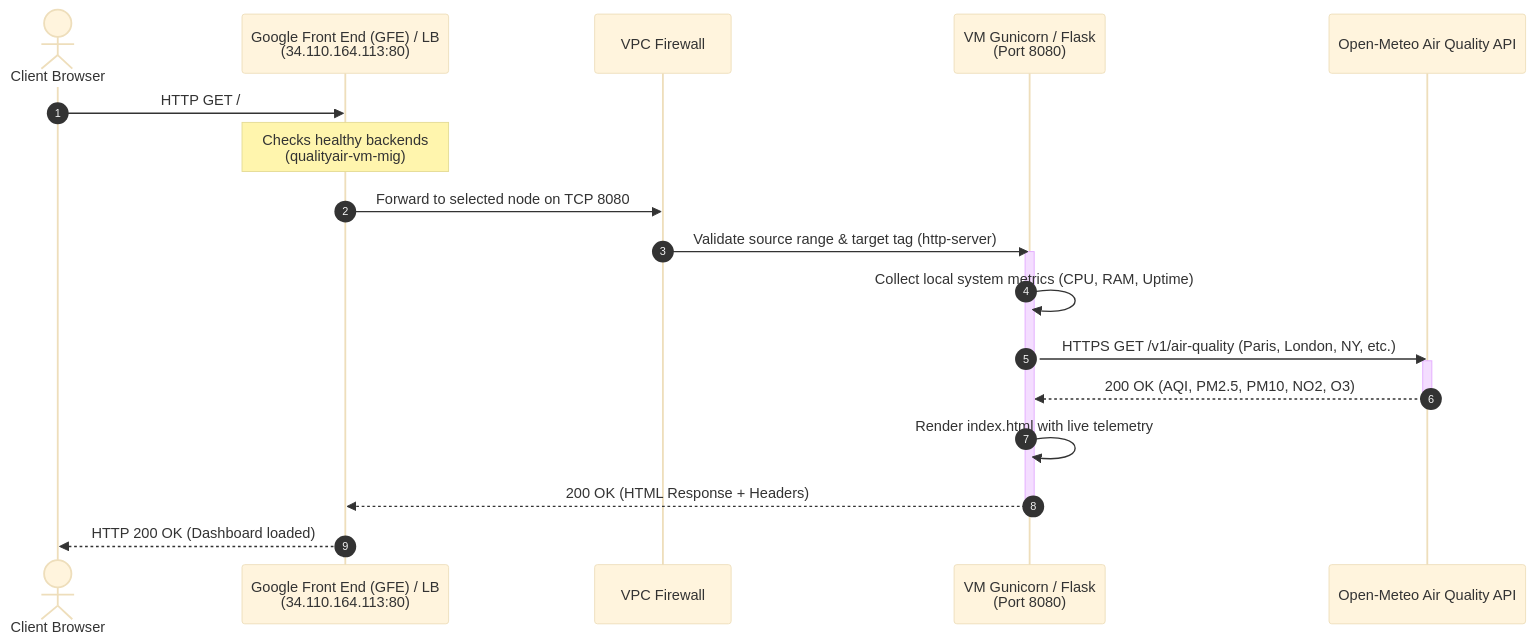
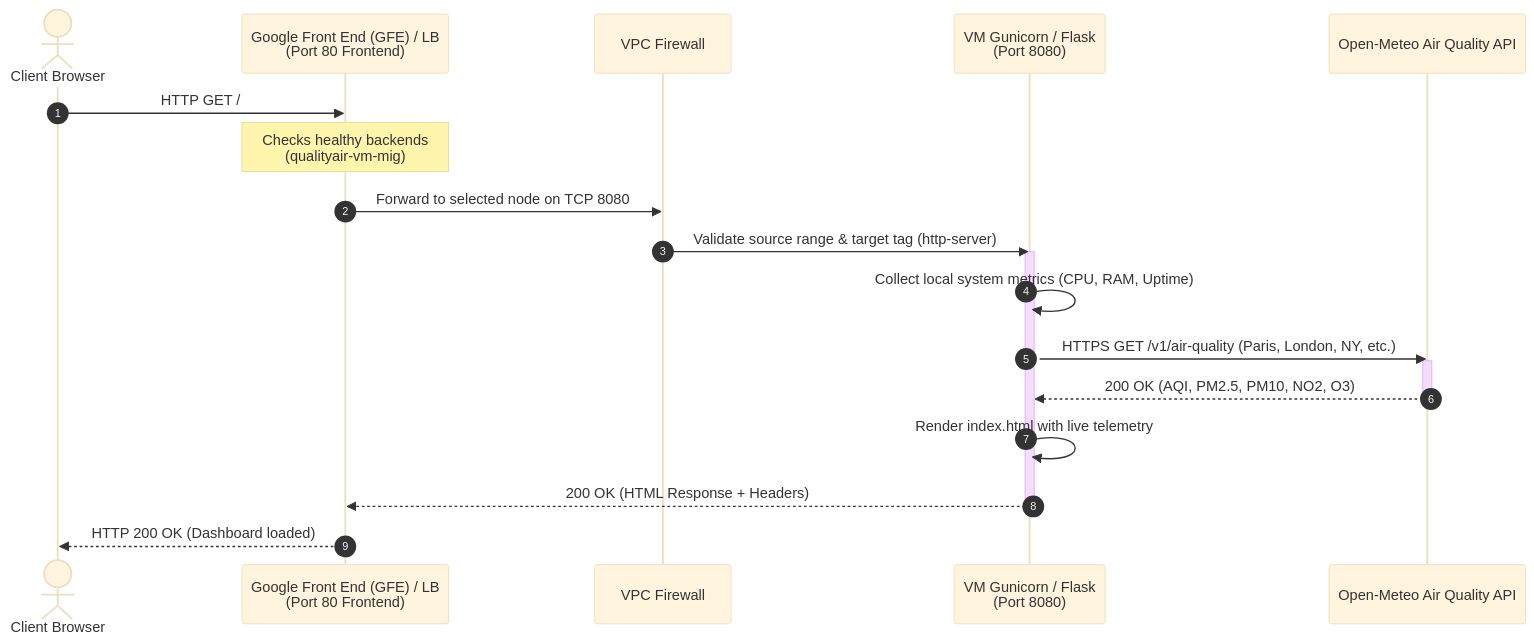
Before and after one commit to benjixxx/gcp-revision: the second of 3 diagrams in qualityAirApp/DEPLOYMENT_ARCHITECTURE.md, drawn with Mermaid (base theme). The commit also changed other lines of this file, not shown here.

Commit message:
remove ip architecture.md

````diff
--- a/qualityAirApp/DEPLOYMENT_ARCHITECTURE.md
+++ b/qualityAirApp/DEPLOYMENT_ARCHITECTURE.md
@@ -80,26 +80,26 @@
 ```mermaid
 sequenceDiagram
     autonumber
     actor User as Client Browser
-    participant GFE as Google Front End (GFE) / LB<br/>(34.110.164.113:80)
+    participant GFE as Google Front End (GFE) / LB<br/>(Port 80 Frontend)
     participant FW as VPC Firewall
     participant Gunicorn as VM Gunicorn / Flask<br/>(Port 8080)
     participant API as Open-Meteo Air Quality API
 
     User->>GFE: HTTP GET /
     Note over GFE: Checks healthy backends<br/>(qualityair-vm-mig)
     GFE->>FW: Forward to selected node on TCP 8080
     FW->>Gunicorn: Validate source range & target tag (http-server)
     
     activate Gunicorn
     Gunicorn->>Gunicorn: Collect local system metrics (CPU, RAM, Uptime)
     Gunicorn->>API: HTTPS GET /v1/air-quality (Paris, London, NY, etc.)
     activate API
     API-->>Gunicorn: 200 OK (AQI, PM2.5, PM10, NO2, O3)
     deactivate API
     Gunicorn->>Gunicorn: Render index.html with live telemetry
     Gunicorn-->>GFE: 200 OK (HTML Response + Headers)
     deactivate Gunicorn
 
     GFE-->>User: HTTP 200 OK (Dashboard loaded)
 ```
````
